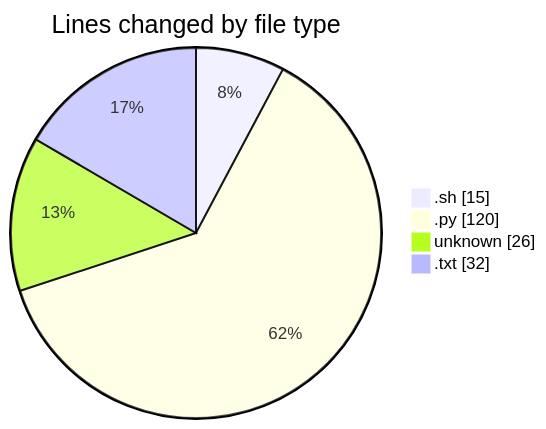
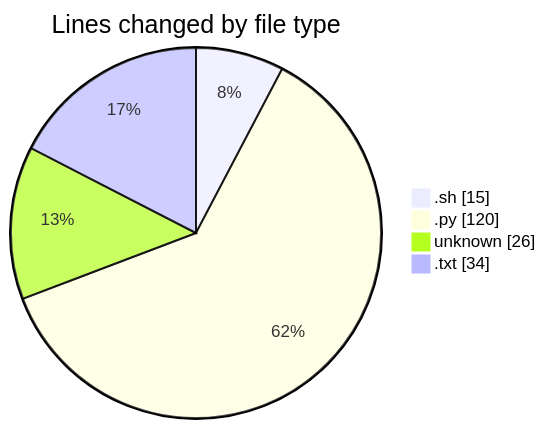
One commit to momahboobian/code-tracking changed the first of 2 diagrams in 2025-01-25/samplepdf/README.md. Above: the diagram before and after it, drawn with Mermaid. The commit also changed other lines of this file and 1 other file, not shown here.

````diff
--- a/2025-01-25/samplepdf/README.md
+++ b/2025-01-25/samplepdf/README.md
@@ -26,8 +26,8 @@
 ```mermaid
 pie showData
 title Lines changed by file type
 ".sh" : 15
 ".py" : 120
 "unknown" : 26
-".txt" : 32
+".txt" : 34
 ```
````
